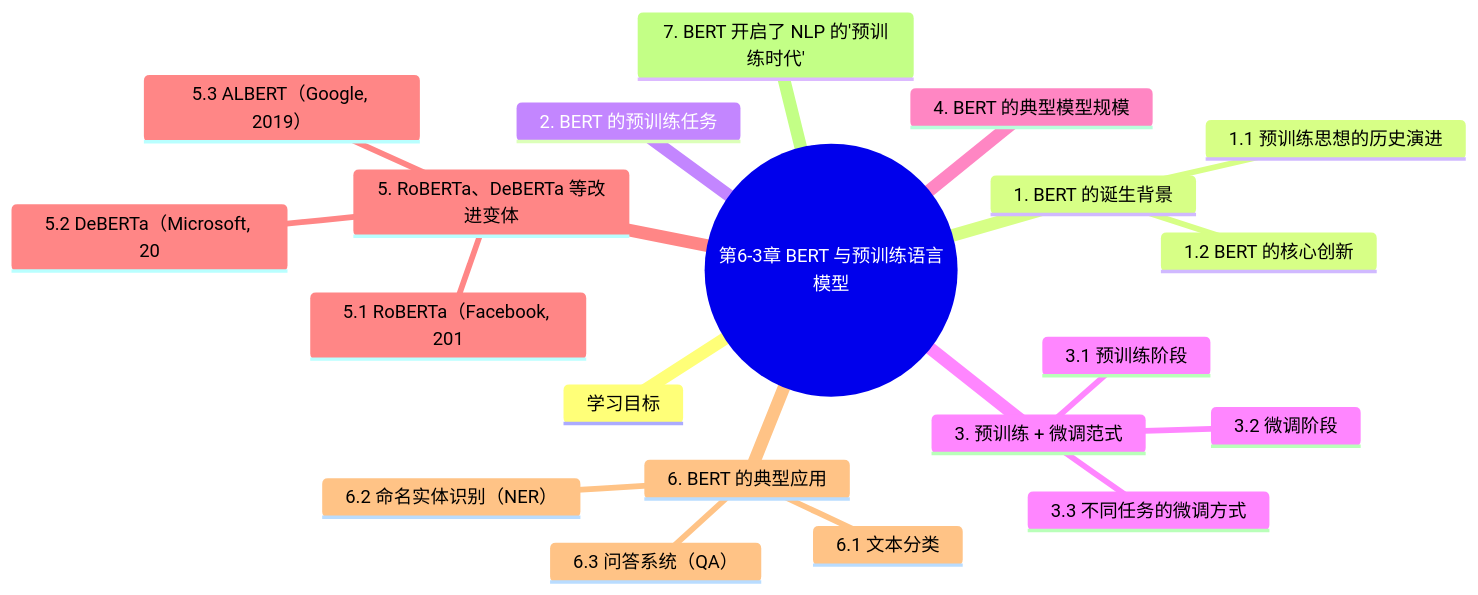
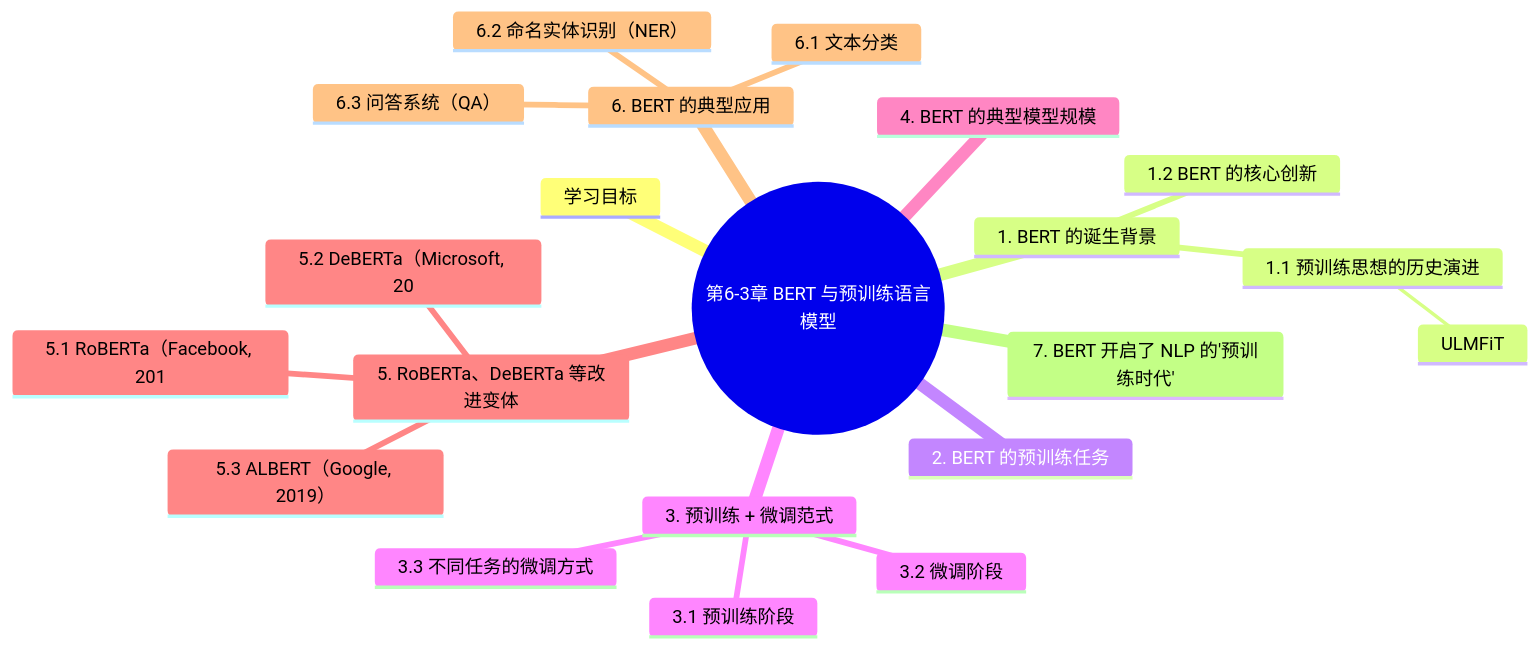
The fourth of 4 diagrams in chapters/PART6-Transformer与预训练/6-3-BERT与预训练语言模型.md (dwSun/AI-Tutorial), drawn with Mermaid before and after one commit. The commit also changed other lines of this file and 20 other files, not shown here.

````diff
--- a/chapters/PART6-Transformer与预训练/6-3-BERT与预训练语言模型.md
+++ b/chapters/PART6-Transformer与预训练/6-3-BERT与预训练语言模型.md
@@ -271,23 +316,24 @@
 ```mermaid
 mindmap
   root((第6-3章 BERT 与预训练语言模型))
     学习目标
     1. BERT 的诞生背景
       1.1 预训练思想的历史演进
+        ULMFiT
       1.2 BERT 的核心创新
     2. BERT 的预训练任务
     3. 预训练 + 微调范式
       3.1 预训练阶段
       3.2 微调阶段
       3.3 不同任务的微调方式
     4. BERT 的典型模型规模
     5. RoBERTa、DeBERTa 等改进变体
       5.1 RoBERTa（Facebook, 201
       5.2 DeBERTa（Microsoft, 20
       5.3 ALBERT（Google, 2019）
     6. BERT 的典型应用
       6.1 文本分类
       6.2 命名实体识别（NER）
       6.3 问答系统（QA）
     7. BERT 开启了 NLP 的'预训练时代'
 ```
````
